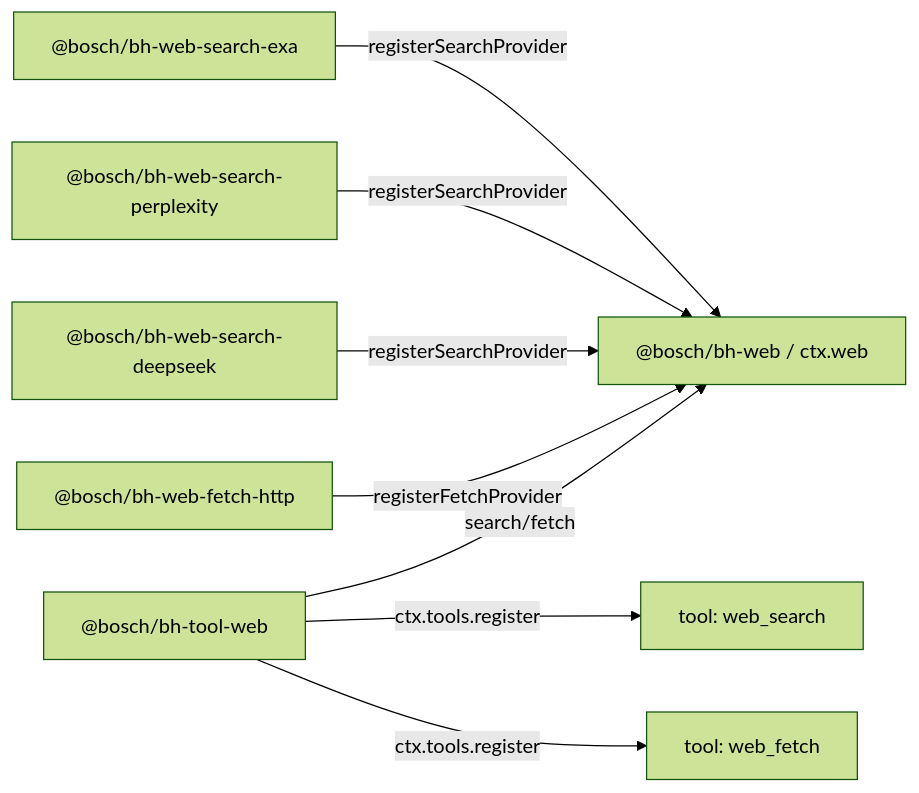
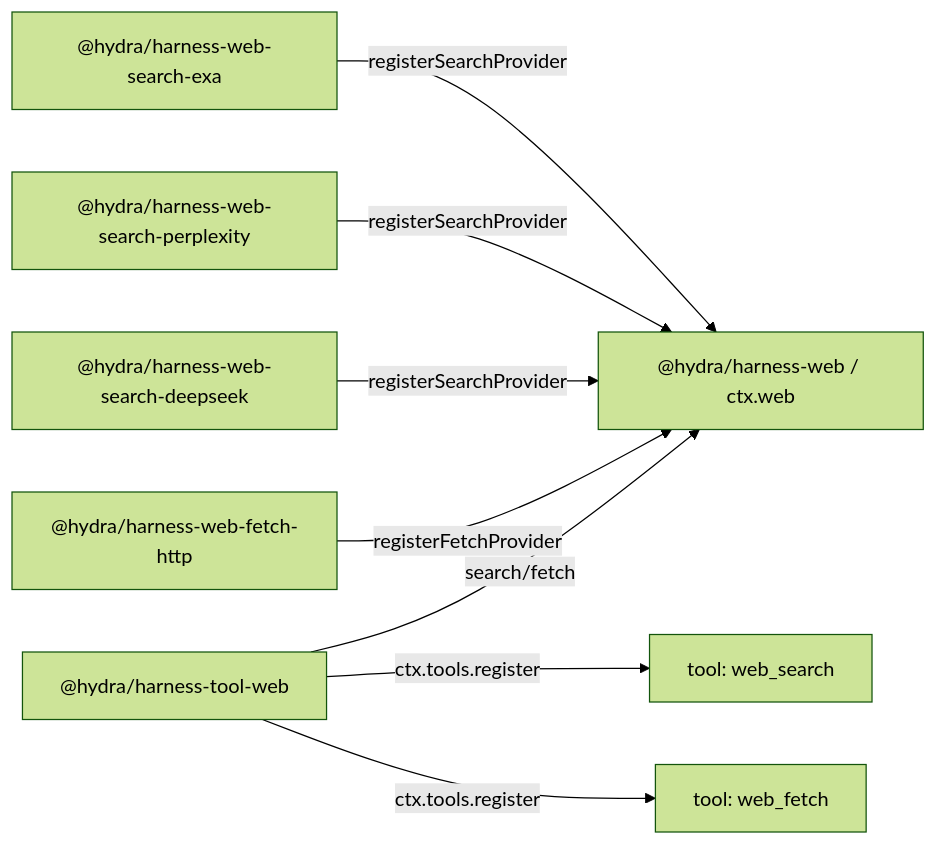
Before and after one commit to MaiHongPhong1902/Hydra-Harness: the diagram in .agents/notes/implemented/architecture/2026-06-24-web-capability-seam.md, drawn with Mermaid (forest theme). The commit also changed other lines of this file and 3671 other files, not shown here.

````diff
--- a/.agents/notes/implemented/architecture/2026-06-24-web-capability-seam.md
+++ b/.agents/notes/implemented/architecture/2026-06-24-web-capability-seam.md
@@ -56,10 +56,10 @@
 ```mermaid
 flowchart LR
-  exa["@bosch/bh-web-search-exa"] -->|registerSearchProvider| web["@bosch/bh-web / ctx.web"]
-  perplexity["@bosch/bh-web-search-perplexity"] -->|registerSearchProvider| web
-  deepseek["@bosch/bh-web-search-deepseek"] -->|registerSearchProvider| web
-  fetchLocal["@bosch/bh-web-fetch-http"] -->|registerFetchProvider| web
-  toolWeb["@bosch/bh-tool-web"] -->|search/fetch| web
+  exa["@hydra/harness-web-search-exa"] -->|registerSearchProvider| web["@hydra/harness-web / ctx.web"]
+  perplexity["@hydra/harness-web-search-perplexity"] -->|registerSearchProvider| web
+  deepseek["@hydra/harness-web-search-deepseek"] -->|registerSearchProvider| web
+  fetchLocal["@hydra/harness-web-fetch-http"] -->|registerFetchProvider| web
+  toolWeb["@hydra/harness-tool-web"] -->|search/fetch| web
   toolWeb -->|ctx.tools.register| webSearch["tool: web_search"]
   toolWeb -->|ctx.tools.register| webFetch["tool: web_fetch"]
 ```
````
